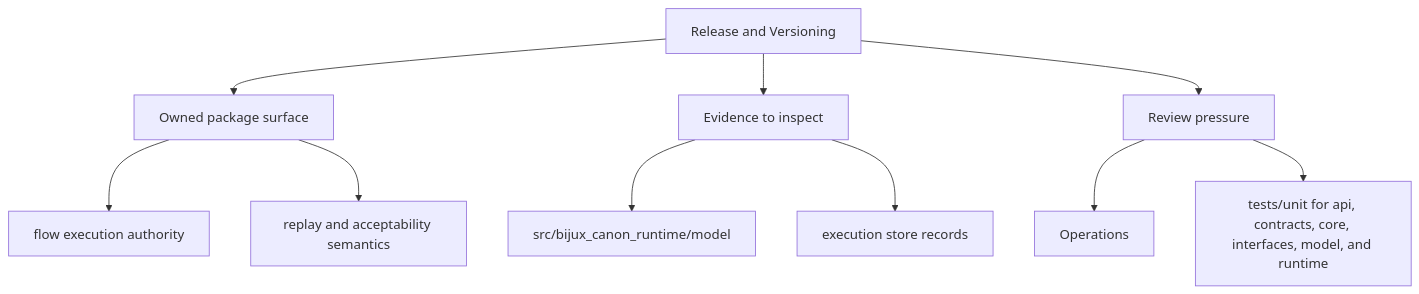
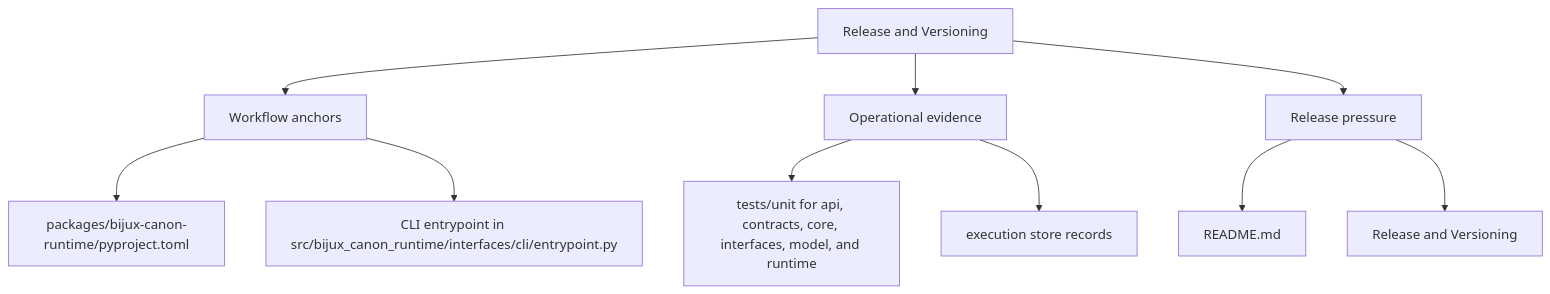
The second of 2 diagrams in docs/bijux-canon-runtime/operations/release-and-versioning.md (bijux/bijux-canon), drawn with Mermaid before and after one commit. The commit also changed other lines of this file and 250 other files, not shown here.

Commit message:
docs(diagrams): make product page maps more readable

````diff
--- a/docs/bijux-canon-runtime/operations/release-and-versioning.md
+++ b/docs/bijux-canon-runtime/operations/release-and-versioning.md
@@ -35,22 +35,22 @@
 ```mermaid
 flowchart TD
     page["Release and Versioning"]
-    focus1["Owned package surface"]
+    focus1["Workflow anchors"]
     page --> focus1
-    focus1_1["flow execution authority"]
+    focus1_1["packages/bijux-canon-runtime/pyproject.toml"]
     focus1 --> focus1_1
-    focus1_2["replay and acceptability semantics"]
+    focus1_2["CLI entrypoint in src/bijux_canon_runtime/interfaces/cli/entrypoint.py"]
     focus1 --> focus1_2
-    focus2["Evidence to inspect"]
+    focus2["Operational evidence"]
     page --> focus2
-    focus2_1["src/bijux_canon_runtime/model"]
+    focus2_1["tests/unit for api, contracts, core, interfaces, model, and runtime"]
     focus2 --> focus2_1
     focus2_2["execution store records"]
     focus2 --> focus2_2
-    focus3["Review pressure"]
+    focus3["Release pressure"]
     page --> focus3
-    focus3_1["Operations"]
+    focus3_1["README.md"]
     focus3 --> focus3_1
-    focus3_2["tests/unit for api, contracts, core, interfaces, model, and runtime"]
+    focus3_2["Release and Versioning"]
     focus3 --> focus3_2
 ```
````
